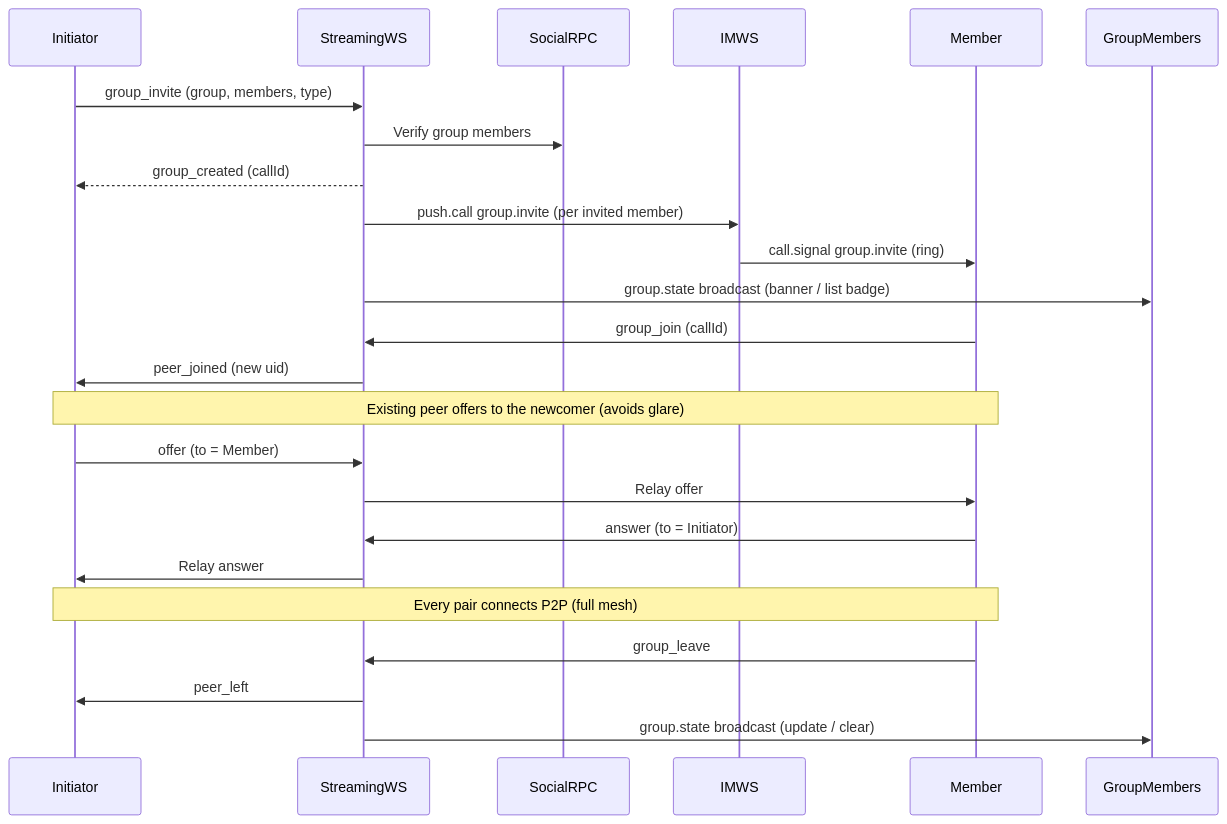
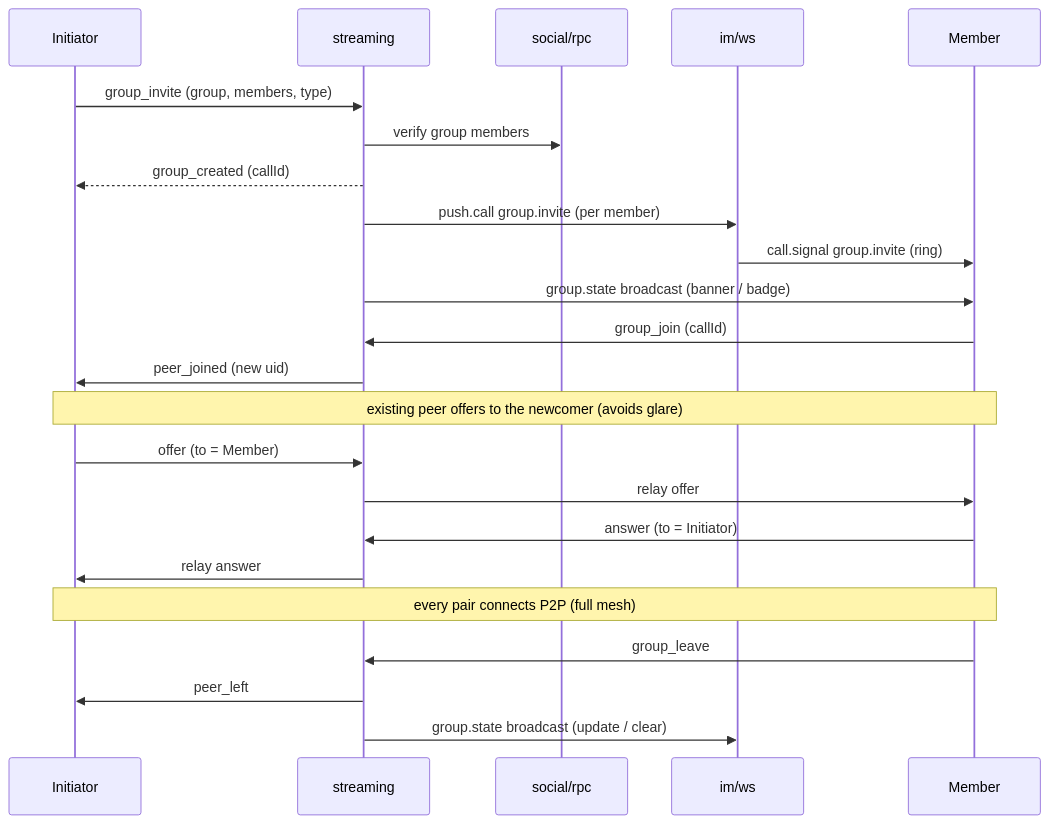
One commit to iceymoss/go-hichat-api changed the sixth of 6 diagrams in README.md. Above: the diagram before and after it, drawn with Mermaid. The commit also changed other lines of this file and 1 other file, not shown here.

First line of the commit message:
docs: humanize sequence diagrams and fix Go version

````diff
--- a/README.md
+++ b/README.md
@@ -186,20 +219,25 @@
 ```mermaid
 sequenceDiagram
-  Initiator->>StreamingWS: group_invite (group, members, type)
-  StreamingWS->>SocialRPC: Verify group members
-  StreamingWS-->>Initiator: group_created (callId)
-  StreamingWS->>IMWS: push.call group.invite (per invited member)
-  IMWS->>Member: call.signal group.invite (ring)
-  StreamingWS->>GroupMembers: group.state broadcast (banner / list badge)
-  Member->>StreamingWS: group_join (callId)
-  StreamingWS->>Initiator: peer_joined (new uid)
-  Note over Initiator,Member: Existing peer offers to the newcomer (avoids glare)
-  Initiator->>StreamingWS: offer (to = Member)
-  StreamingWS->>Member: Relay offer
-  Member->>StreamingWS: answer (to = Initiator)
-  StreamingWS->>Initiator: Relay answer
-  Note over Initiator,Member: Every pair connects P2P (full mesh)
-  Member->>StreamingWS: group_leave
-  StreamingWS->>Initiator: peer_left
-  StreamingWS->>GroupMembers: group.state broadcast (update / clear)
+  participant I as Initiator
+  participant ST as streaming
+  participant SR as social/rpc
+  participant WS as im/ws
+  participant M as Member
+  I->>ST: group_invite (group, members, type)
+  ST->>SR: verify group members
+  ST-->>I: group_created (callId)
+  ST->>WS: push.call group.invite (per member)
+  WS->>M: call.signal group.invite (ring)
+  ST->>M: group.state broadcast (banner / badge)
+  M->>ST: group_join (callId)
+  ST->>I: peer_joined (new uid)
+  Note over I,M: existing peer offers to the newcomer (avoids glare)
+  I->>ST: offer (to = Member)
+  ST->>M: relay offer
+  M->>ST: answer (to = Initiator)
+  ST->>I: relay answer
+  Note over I,M: every pair connects P2P (full mesh)
+  M->>ST: group_leave
+  ST->>I: peer_left
+  ST->>WS: group.state broadcast (update / clear)
 ```
````
